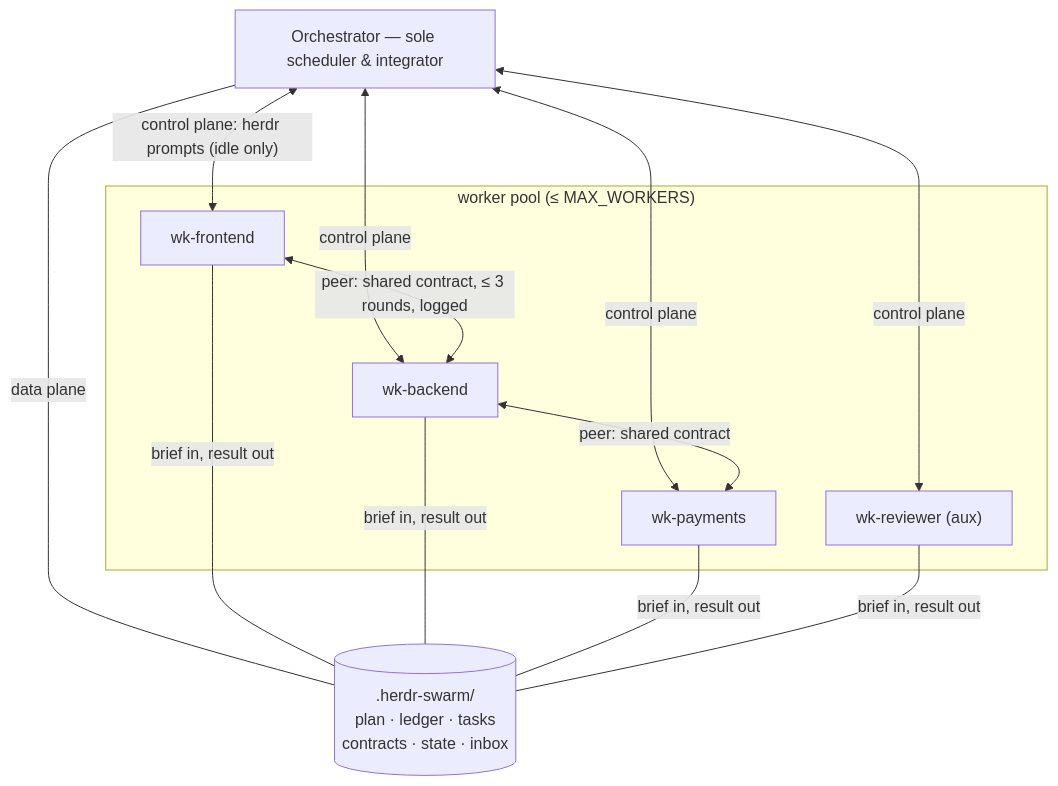
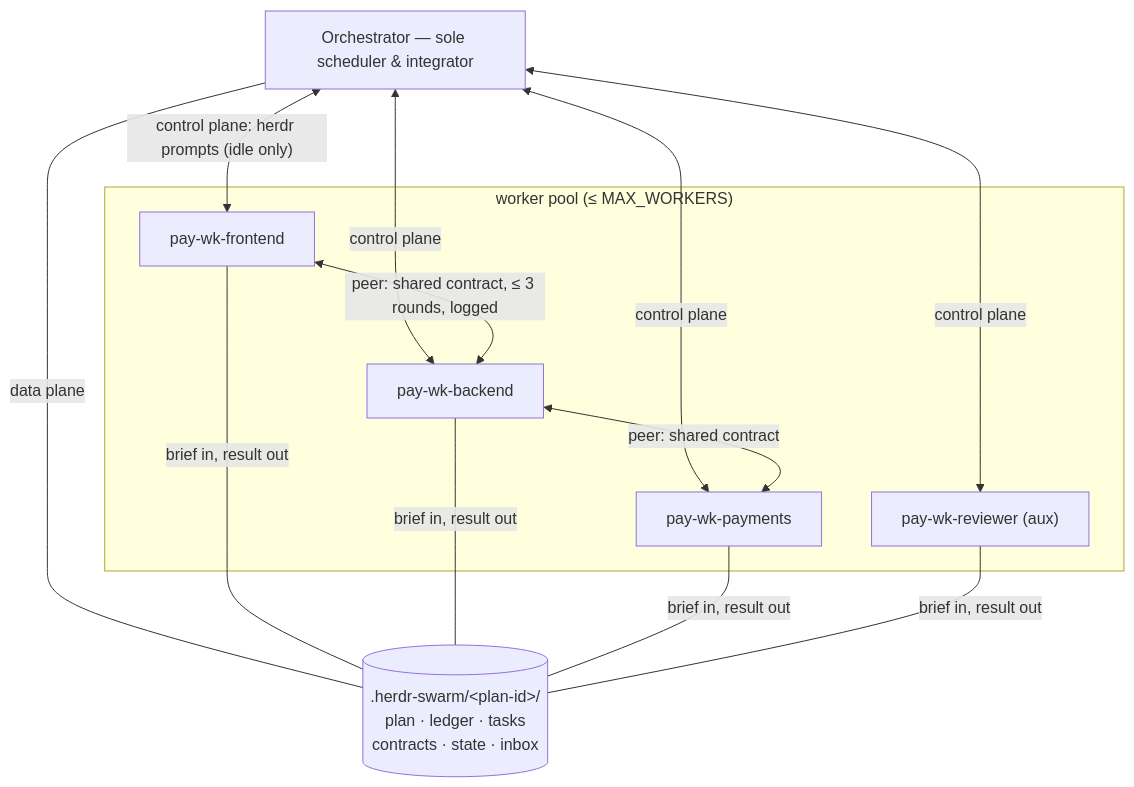
Before and after one commit to EarthChen/ai-assets: the diagram in skills/herdr-orchestration/SKILL.md, drawn with Mermaid. The commit also changed other lines of this file and 3 other files, not shown here.

First line of the commit message:
feat(skills): per-plan state dirs and same-cwd concurrency for herdr-orchestration

````diff
--- a/skills/herdr-orchestration/SKILL.md
+++ b/skills/herdr-orchestration/SKILL.md
@@ -155,22 +161,22 @@
 ```mermaid
 flowchart TB
   O["Orchestrator — sole scheduler & integrator"]
   subgraph pool["worker pool (≤ MAX_WORKERS)"]
-    W1["wk-frontend"]
-    W2["wk-backend"]
-    W4["wk-payments"]
-    W3["wk-reviewer (aux)"]
+    W1["pay-wk-frontend"]
+    W2["pay-wk-backend"]
+    W4["pay-wk-payments"]
+    W3["pay-wk-reviewer (aux)"]
   end
-  FS[(".herdr-swarm/<br/>plan · ledger · tasks<br/>contracts · state · inbox")]
+  FS[(".herdr-swarm/&lt;plan-id&gt;/<br/>plan · ledger · tasks<br/>contracts · state · inbox")]
   O <-->|"control plane: herdr prompts (idle only)"| W1
   O <-->|"control plane"| W2
   O <-->|"control plane"| W4
   O <-->|"control plane"| W3
   W1 <-->|"peer: shared contract, ≤ 3 rounds, logged"| W2
   W2 <-->|"peer: shared contract"| W4
   O ---|"data plane"| FS
   W1 ---|"brief in, result out"| FS
   W2 ---|"brief in, result out"| FS
   W4 ---|"brief in, result out"| FS
   W3 ---|"brief in, result out"| FS
 ```
````
